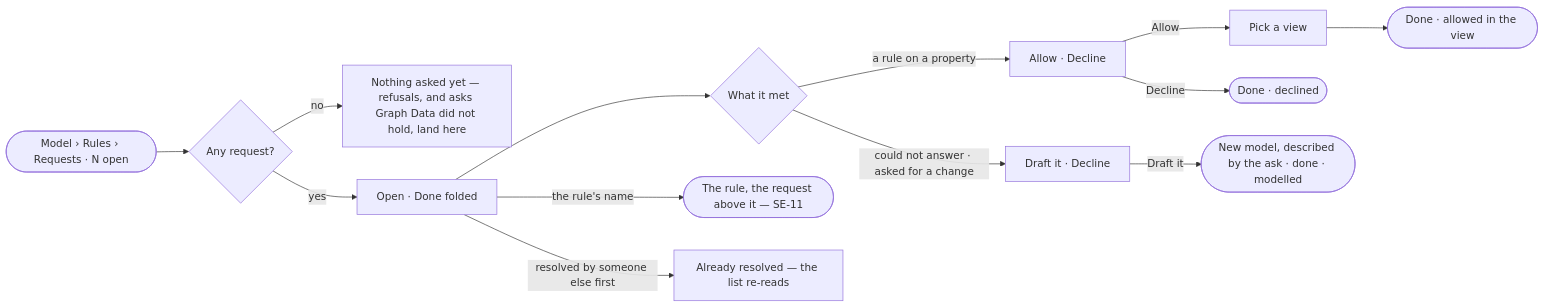
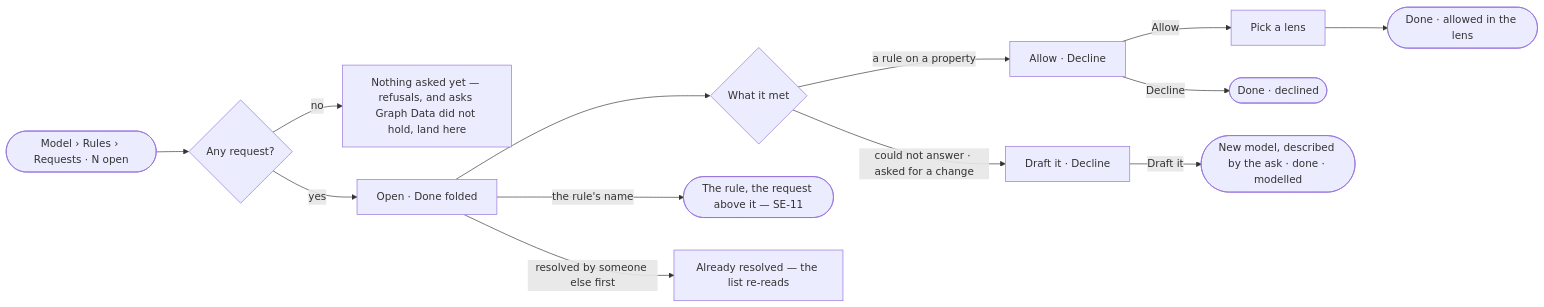
Before and after one commit to invana/invana: the diagram in specs/capabilities/semantics/features/SE-F07-rules/stories/SE-13-act-on-what-people-and-agents-ask-of-the-model/story.md, drawn with Mermaid. The commit also changed other lines of this file and 256 other files, not shown here.

First line of the commit message:
docs(specs): rename View to Lens and the persona lens to Access

````diff
--- a/specs/capabilities/semantics/features/SE-F07-rules/stories/SE-13-act-on-what-people-and-agents-ask-of-the-model/story.md
+++ b/specs/capabilities/semantics/features/SE-F07-rules/stories/SE-13-act-on-what-people-and-agents-ask-of-the-model/story.md
@@ -28,14 +28,14 @@
 ```mermaid
 flowchart LR
   a([Model › Rules › Requests · N open]) --> l{Any request?}
   l -->|no| e["Nothing asked yet — refusals, and asks Graph Data did not hold, land here"]
   l -->|yes| o["Open · Done folded"]
   o --> k{What it met}
   k -->|a rule on a property| al["Allow · Decline"]
   k -->|could not answer · asked for a change| dr["Draft it · Decline"]
-  al -->|Allow| pv["Pick a view"] --> d1(["Done · allowed in the view"])
+  al -->|Allow| pv["Pick a lens"] --> d1(["Done · allowed in the lens"])
   dr -->|Draft it| nm(["New model, described by the ask · done · modelled"])
   al -->|Decline| d2(["Done · declined"])
   o -->|the rule's name| r(["The rule, the request above it — SE-11"])
   o -->|resolved by someone else first| c["Already resolved — the list re-reads"]
 ```
````
